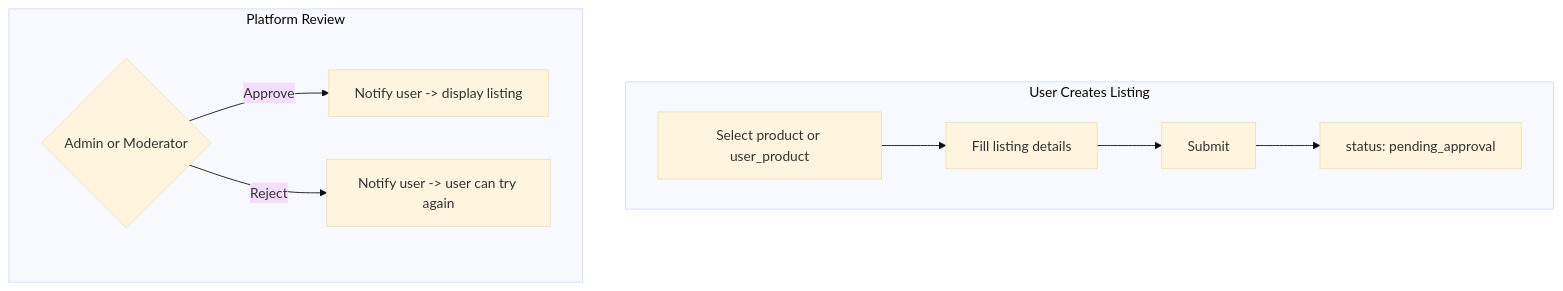
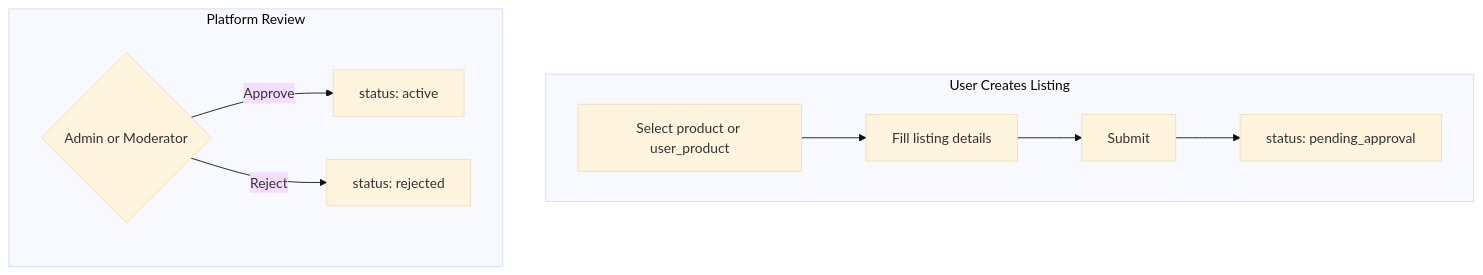
One commit to AyrtonX43/ToyHavenPlatform changed the fourth of 9 diagrams in .cursor/plans/toyhaven_process_flow_document_63f6f589.plan.md. Above: the diagram before and after it, drawn with Mermaid (base theme). The commit also changed other lines of this file and 39 other files, not shown here.

````diff
--- a/.cursor/plans/toyhaven_process_flow_document_63f6f589.plan.md
+++ b/.cursor/plans/toyhaven_process_flow_document_63f6f589.plan.md
@@ -127,14 +119,14 @@
 ```mermaid
 flowchart TB
     subgraph UserCreates [User Creates Listing]
         T1[Select product or user_product] --> T2[Fill listing details]
         T2 --> T3[Submit]
         T3 --> T4[status: pending_approval]
     end
 
     subgraph PlatformReview [Platform Review]
         M1{Admin or Moderator}
-        M1 -->|Approve| M2[Notify user -> display listing]
-        M1 -->|Reject| M3[Notify user -> user can try again]
+        M1 -->|Approve| M2[status: active]
+        M1 -->|Reject| M3[status: rejected]
     end
 ```
````
